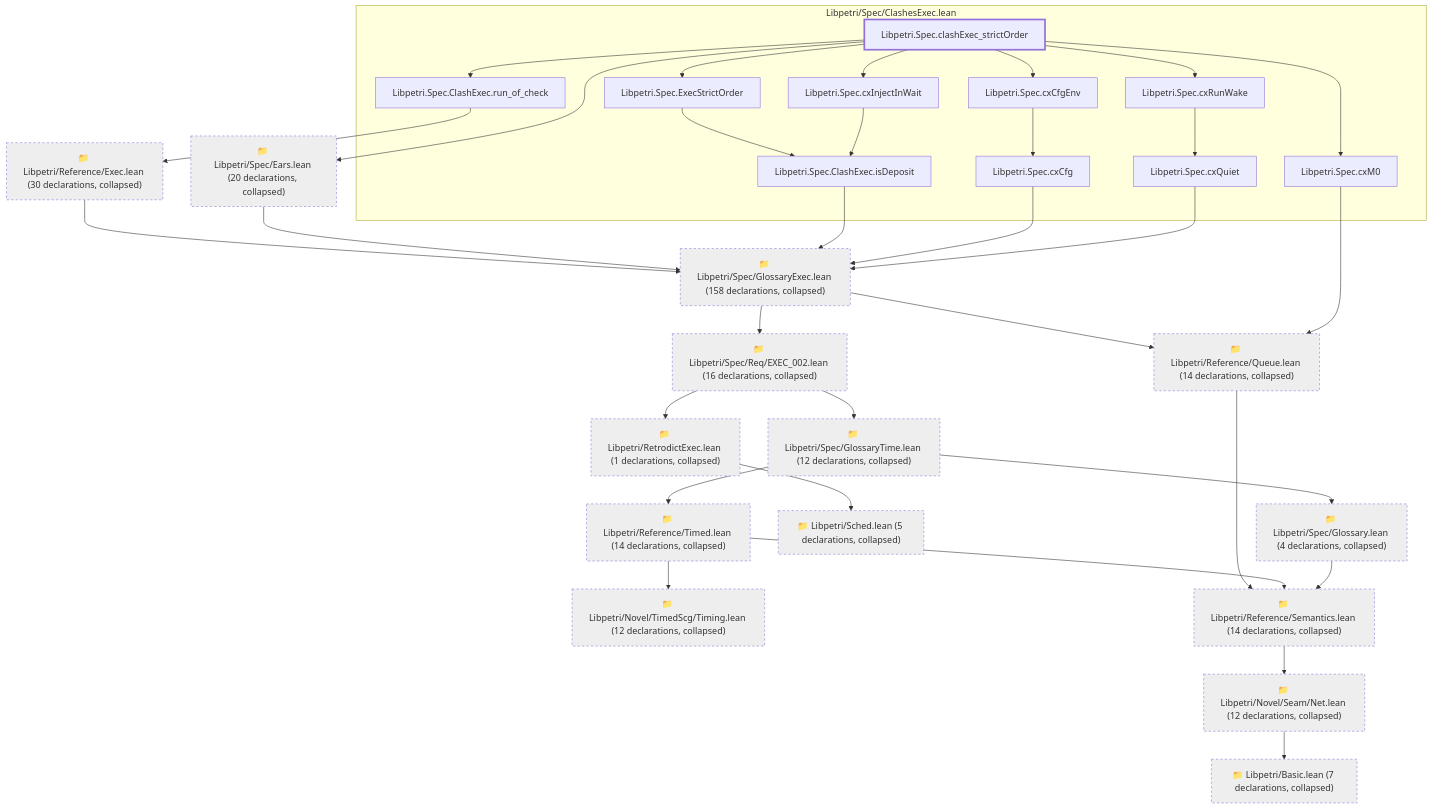
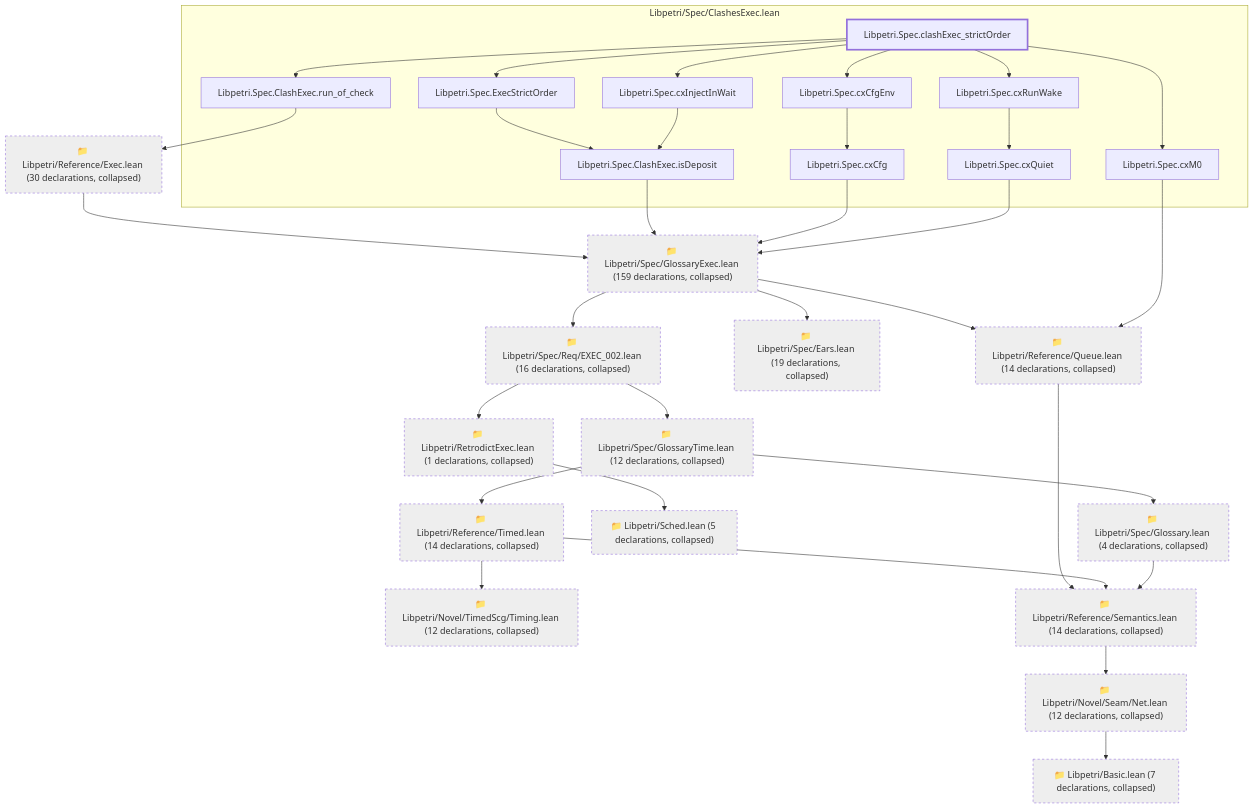
Before and after one commit to debe/libpetri: the second of 3 diagrams in lean/graph/requirements/EXEC-001.md, drawn with Mermaid. The commit also changed other lines of this file and 226 other files, not shown here.

First line of the commit message:
feat(spec): the index, glossary and runtime ledger are generated from Lean

````diff
--- a/lean/graph/requirements/EXEC-001.md
+++ b/lean/graph/requirements/EXEC-001.md
@@ -92,65 +91,64 @@
 ```mermaid
 flowchart TD
   subgraph g0["Libpetri/Spec/ClashesExec.lean"]
     n5953["Libpetri.Spec.ClashExec.isDeposit"]
     n5954["Libpetri.Spec.ClashExec.run_of_check"]
     n7490["Libpetri.Spec.ExecStrictOrder"]
-    n12562["Libpetri.Spec.clashExec_strictOrder"]
-    n14286["Libpetri.Spec.cxCfg"]
-    n14289["Libpetri.Spec.cxCfgEnv"]
-    n14293["Libpetri.Spec.cxInjectInWait"]
-    n14295["Libpetri.Spec.cxM0"]
-    n14296["Libpetri.Spec.cxQuiet"]
-    n14305["Libpetri.Spec.cxRunWake"]
+    n12661["Libpetri.Spec.clashExec_strictOrder"]
+    n14385["Libpetri.Spec.cxCfg"]
+    n14388["Libpetri.Spec.cxCfgEnv"]
+    n14392["Libpetri.Spec.cxInjectInWait"]
+    n14394["Libpetri.Spec.cxM0"]
+    n14395["Libpetri.Spec.cxQuiet"]
+    n14404["Libpetri.Spec.cxRunWake"]
   end
   c0["📁 Libpetri/Basic.lean (7 declarations, collapsed)"]
   c54["📁 Libpetri/Novel/Seam/Net.lean (12 declarations, collapsed)"]
   c66["📁 Libpetri/Novel/TimedScg/Timing.lean (12 declarations, collapsed)"]
   c80["📁 Libpetri/Reference/Exec.lean (30 declarations, collapsed)"]
   c91["📁 Libpetri/Reference/Queue.lean (14 declarations, collapsed)"]
   c94["📁 Libpetri/Reference/Semantics.lean (14 declarations, collapsed)"]
   c98["📁 Libpetri/Reference/Timed.lean (14 declarations, collapsed)"]
   c103["📁 Libpetri/RetrodictExec.lean (1 declarations, collapsed)"]
   c109["📁 Libpetri/Sched.lean (5 declarations, collapsed)"]
-  c131["📁 Libpetri/Spec/Ears.lean (20 declarations, collapsed)"]
-  c132["📁 Libpetri/Spec/Glossary.lean (4 declarations, collapsed)"]
-  c139["📁 Libpetri/Spec/GlossaryExec.lean (158 declarations, collapsed)"]
-  c146["📁 Libpetri/Spec/GlossaryTime.lean (12 declarations, collapsed)"]
-  c232["📁 Libpetri/Spec/Req/EXEC_002.lean (16 declarations, collapsed)"]
+  c131["📁 Libpetri/Spec/Ears.lean (19 declarations, collapsed)"]
+  c133["📁 Libpetri/Spec/Glossary.lean (4 declarations, collapsed)"]
+  c140["📁 Libpetri/Spec/GlossaryExec.lean (159 declarations, collapsed)"]
+  c147["📁 Libpetri/Spec/GlossaryTime.lean (12 declarations, collapsed)"]
+  c234["📁 Libpetri/Spec/Req/EXEC_002.lean (16 declarations, collapsed)"]
   c54 --> c0
-  c80 --> c139
+  c80 --> c140
   c91 --> c94
   c94 --> c54
   c98 --> c66
   c98 --> c94
   c103 --> c109
-  c131 --> c139
-  c132 --> c94
-  c139 --> c91
-  c139 --> c232
-  c146 --> c98
-  c146 --> c132
-  c232 --> c103
-  c232 --> c146
-  n5953 --> c139
+  c133 --> c94
+  c140 --> c91
+  c140 --> c131
+  c140 --> c234
+  c147 --> c98
+  c147 --> c133
+  c234 --> c103
+  c234 --> c147
+  n5953 --> c140
   n5954 --> c80
   n7490 --> n5953
-  n12562 --> c131
-  n12562 --> n5954
-  n12562 --> n7490
-  n12562 --> n14289
-  n12562 --> n14293
-  n12562 --> n14295
-  n12562 --> n14305
-  n14286 --> c139
-  n14289 --> n14286
-  n14293 --> n5953
-  n14295 --> c91
-  n14296 --> c139
-  n14305 --> n14296
+  n12661 --> n5954
+  n12661 --> n7490
+  n12661 --> n14388
+  n12661 --> n14392
+  n12661 --> n14394
+  n12661 --> n14404
+  n14385 --> c140
+  n14388 --> n14385
+  n14392 --> n5953
+  n14394 --> c91
+  n14395 --> c140
+  n14404 --> n14395
   classDef root stroke-width:3px
   classDef locked fill:#fff3cd,stroke:#b8860b
   classDef collapsed fill:#eeeeee,stroke-dasharray:4 4
-  class n12562 root
-  class c0,c54,c66,c80,c91,c94,c98,c103,c109,c131,c132,c139,c146,c232 collapsed
+  class n12661 root
+  class c0,c54,c66,c80,c91,c94,c98,c103,c109,c131,c133,c140,c147,c234 collapsed
 ```
````
